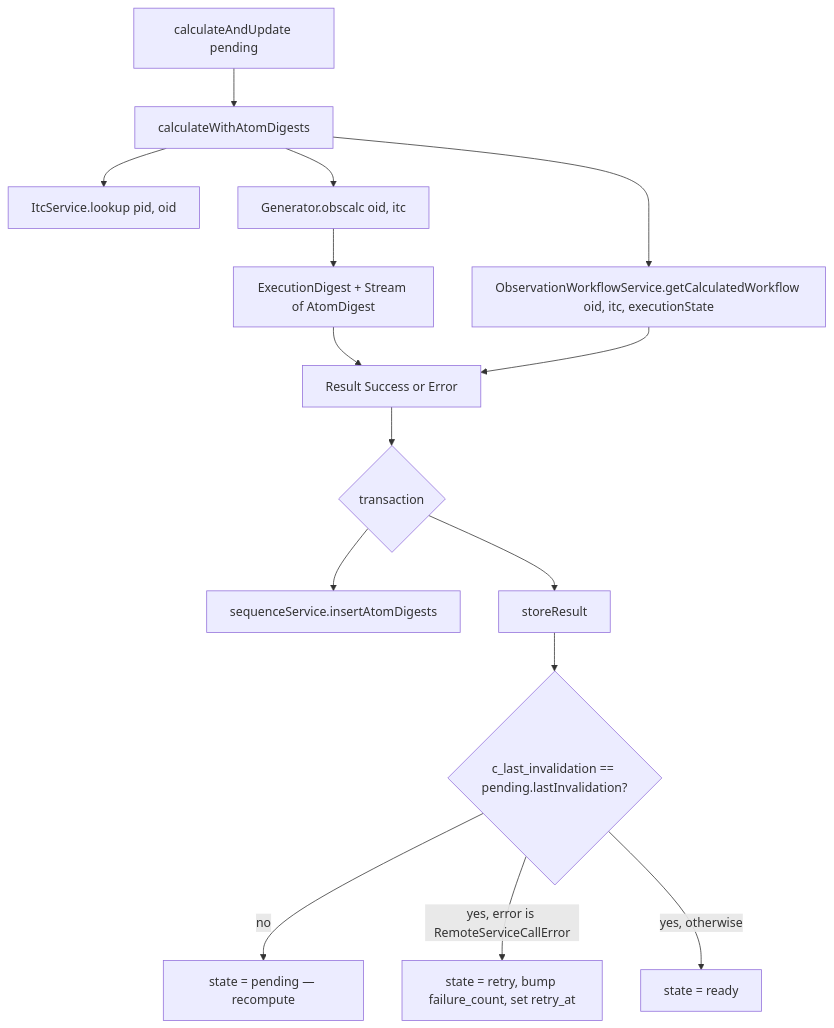
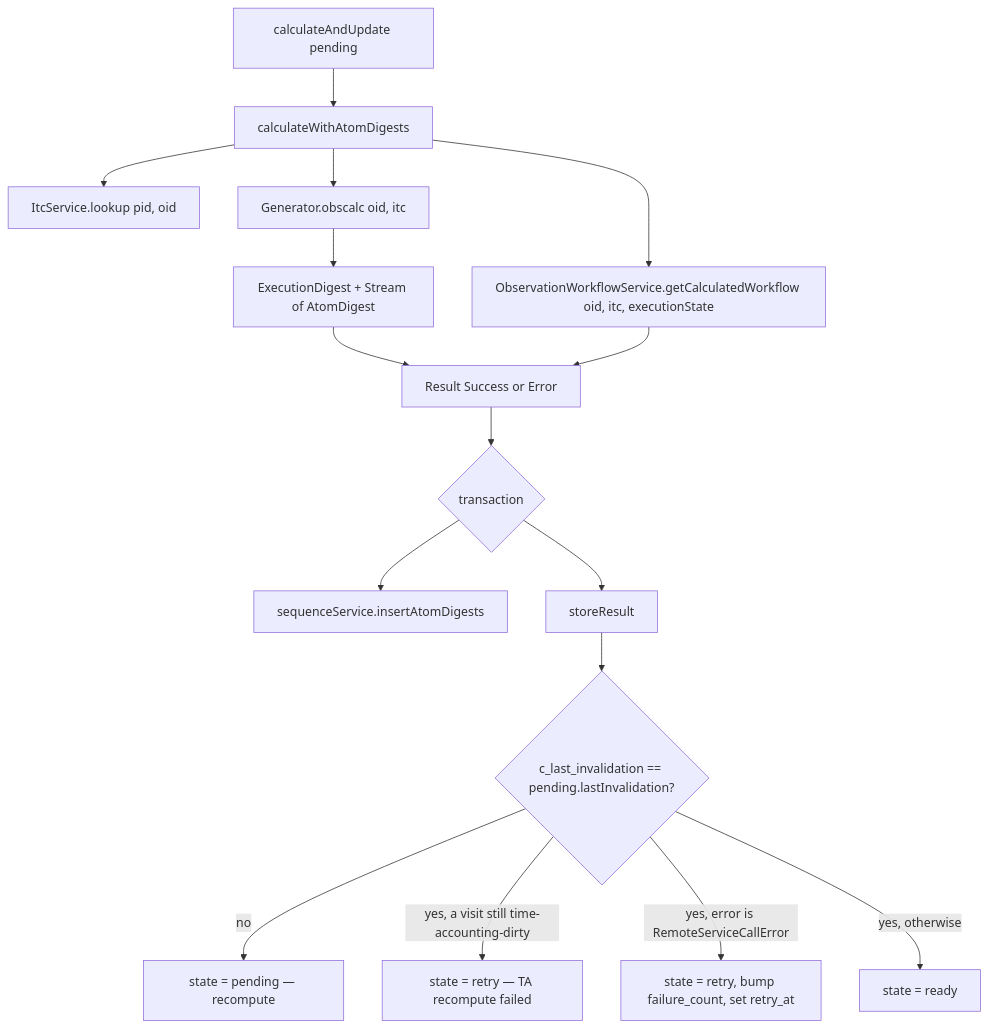
The third of 4 diagrams in modules/obscalc/obscalc-flow.md (gemini-hlsw/lucuma-odb), drawn with Mermaid before and after one commit. The commit also changed other lines of this file and 1 other file, not shown here.

````diff
--- a/modules/obscalc/obscalc-flow.md
+++ b/modules/obscalc/obscalc-flow.md
@@ -126,17 +126,18 @@
 ```mermaid
 flowchart TD
     A[calculateAndUpdate pending] --> B[calculateWithAtomDigests]
     B --> I[ItcService.lookup pid, oid]
     B --> G[Generator.obscalc oid, itc]
     G --> D[ExecutionDigest + Stream of AtomDigest]
     B --> W[ObservationWorkflowService.getCalculatedWorkflow oid, itc, executionState]
     D --> R[Result Success or Error]
     W --> R
     R --> T{transaction}
     T --> S1[sequenceService.insertAtomDigests]
     T --> S2[storeResult]
     S2 --> CK{c_last_invalidation == pending.lastInvalidation?}
     CK -->|no| BP[state = pending — recompute]
+    CK -->|yes, a visit still time-accounting-dirty| RT2[state = retry — TA recompute failed]
     CK -->|yes, error is RemoteServiceCallError| RT[state = retry, bump failure_count, set retry_at]
     CK -->|yes, otherwise| RD[state = ready]
 ```
````
